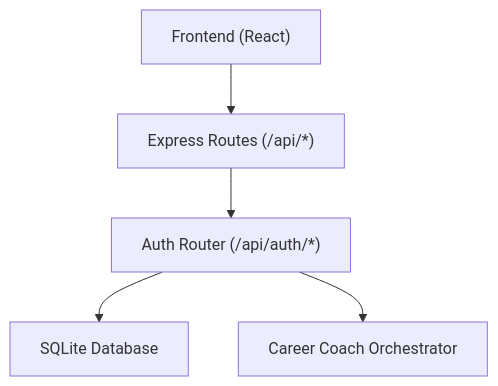
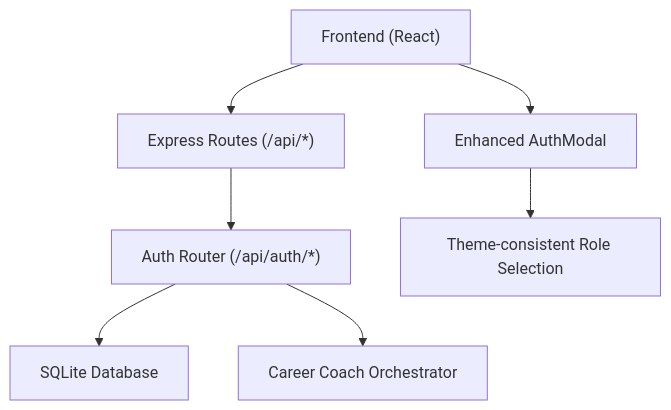
The first of 12 diagrams in .qoder/repowiki/en/content/Core Features/Authentication System.md (Alishba-Moin/CareerCompass), drawn with Mermaid before and after one commit. The commit also changed other lines of this file and 8 other files, not shown here.

````diff
--- a/.qoder/repowiki/en/content/Core Features/Authentication System.md
+++ b/.qoder/repowiki/en/content/Core Features/Authentication System.md
@@ -35,7 +47,9 @@
 ```mermaid
 graph TB
 FE["Frontend (React)"] --> API["Express Routes (/api/*)"]
 API --> AUTH["Auth Router (/api/auth/*)"]
 AUTH --> DB["SQLite Database"]
 AUTH --> AGENTS["Career Coach Orchestrator"]
+FE --> AM["Enhanced AuthModal"]
+AM --> UI["Theme-consistent Role Selection"]
 ```
````
